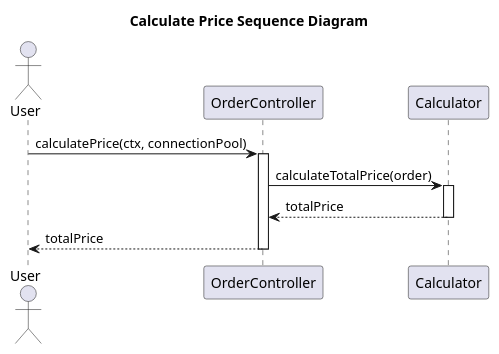
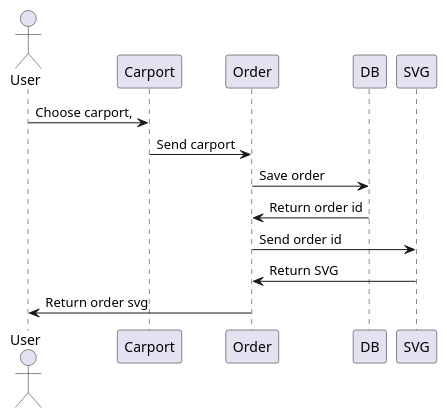
The diagram in models/Sekvensdiagram.puml (mbm1337/Carport), drawn with PlantUML before and after one commit.

```diff
--- a/models/Sekvensdiagram.puml
+++ b/models/Sekvensdiagram.puml
@@ -1,17 +1,16 @@
 @startuml
-title Calculate Price Sequence Diagram
+actor User
+participant Carport
+participant Order
+participant DB
+participant SVG
 
-actor User
-participant OrderController
-participant Calculator
 
-User -> OrderController : calculatePrice(ctx, connectionPool)
-activate OrderController
-OrderController -> Calculator : calculateTotalPrice(order)
-activate Calculator
-Calculator --> OrderController : totalPrice
-deactivate Calculator
-OrderController --> User : totalPrice
-deactivate OrderController
-
+User -> Carport: Choose carport,
+Carport -> Order: Send carport
+Order -> DB: Save order
+DB -> Order: Return order id
+Order -> SVG: Send order id
+SVG -> Order: Return SVG
+Order -> User: Return order svg
 @enduml
```
